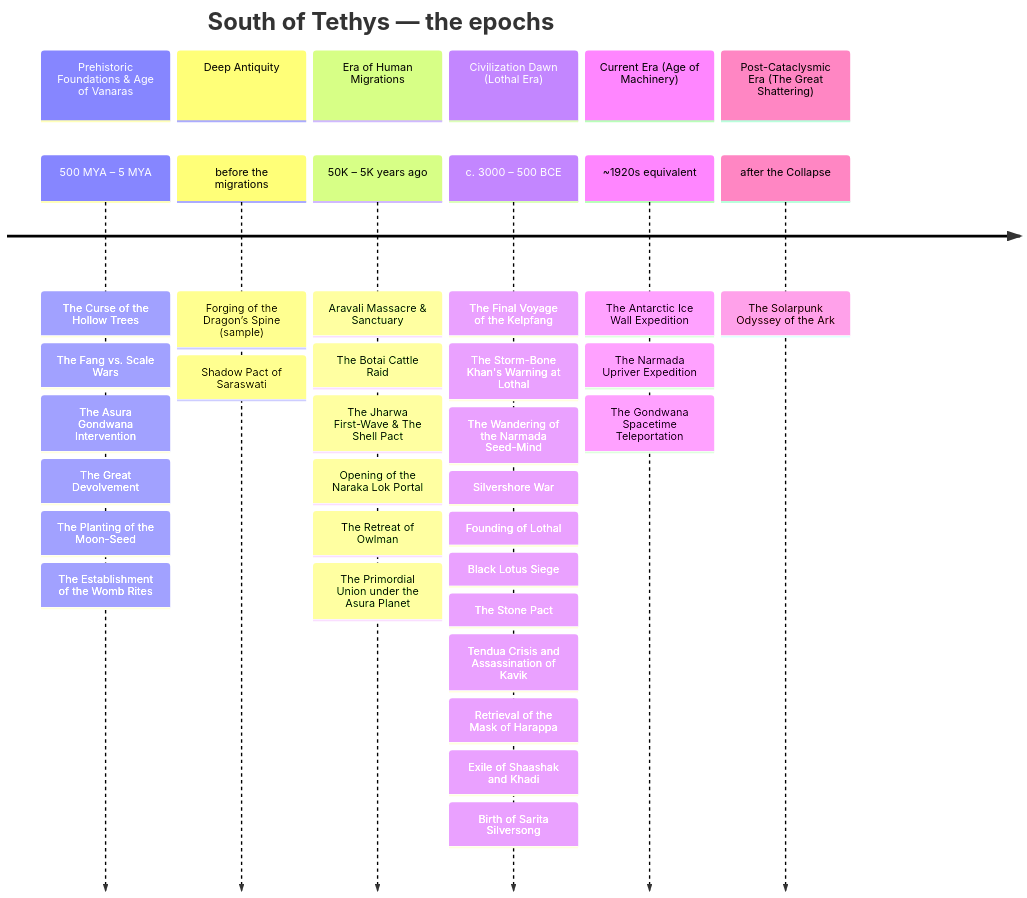
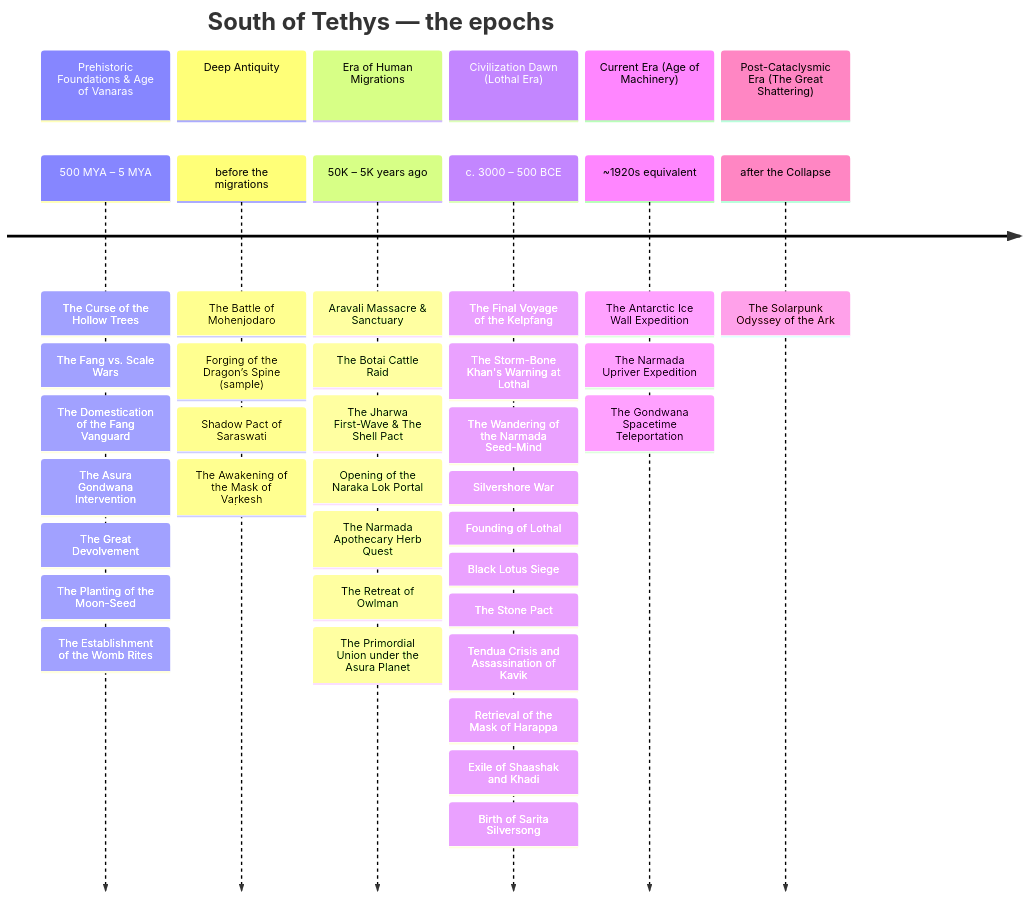
One commit to lordlebu/SouthOfTethys changed the first of 2 diagrams in docs/timeline_mermaid.md. Above: the diagram before and after it, drawn with Mermaid. The commit also changed other lines of this file and 24 other files, not shown here.

````diff
--- a/docs/timeline_mermaid.md
+++ b/docs/timeline_mermaid.md
@@ -9,16 +9,16 @@
 ```mermaid
 timeline
     title South of Tethys — the epochs
     section Prehistoric Foundations & Age of Vanaras
-        500 MYA – 5 MYA : The Curse of the Hollow Trees : The Fang vs. Scale Wars : The Asura Gondwana Intervention : The Great Devolvement : The Planting of the Moon-Seed : The Establishment of the Womb Rites
+        500 MYA – 5 MYA : The Curse of the Hollow Trees : The Fang vs. Scale Wars : The Domestication of the Fang Vanguard : The Asura Gondwana Intervention : The Great Devolvement : The Planting of the Moon-Seed : The Establishment of the Womb Rites
     section Deep Antiquity
-        before the migrations : Forging of the Dragon’s Spine (sample) : Shadow Pact of Saraswati
+        before the migrations : The Battle of Mohenjodaro : Forging of the Dragon’s Spine (sample) : Shadow Pact of Saraswati : The Awakening of the Mask of Vaṛkesh
     section Era of Human Migrations
-        50K – 5K years ago : Aravali Massacre & Sanctuary : The Botai Cattle Raid : The Jharwa First-Wave & The Shell Pact : Opening of the Naraka Lok Portal : The Retreat of Owlman : The Primordial Union under the Asura Planet
+        50K – 5K years ago : Aravali Massacre & Sanctuary : The Botai Cattle Raid : The Jharwa First-Wave & The Shell Pact : Opening of the Naraka Lok Portal : The Narmada Apothecary Herb Quest : The Retreat of Owlman : The Primordial Union under the Asura Planet
     section Civilization Dawn (Lothal Era)
         c. 3000 – 500 BCE : The Final Voyage of the Kelpfang : The Storm-Bone Khan's Warning at Lothal : The Wandering of the Narmada Seed-Mind : Silvershore War : Founding of Lothal : Black Lotus Siege : The Stone Pact : Tendua Crisis and Assassination of Kavik : Retrieval of the Mask of Harappa : Exile of Shaashak and Khadi : Birth of Sarita Silversong
     section Current Era (Age of Machinery)
         ~1920s equivalent : The Antarctic Ice Wall Expedition : The Narmada Upriver Expedition : The Gondwana Spacetime Teleportation
     section Post-Cataclysmic Era (The Great Shattering)
         after the Collapse : The Solarpunk Odyssey of the Ark
 ```
````
